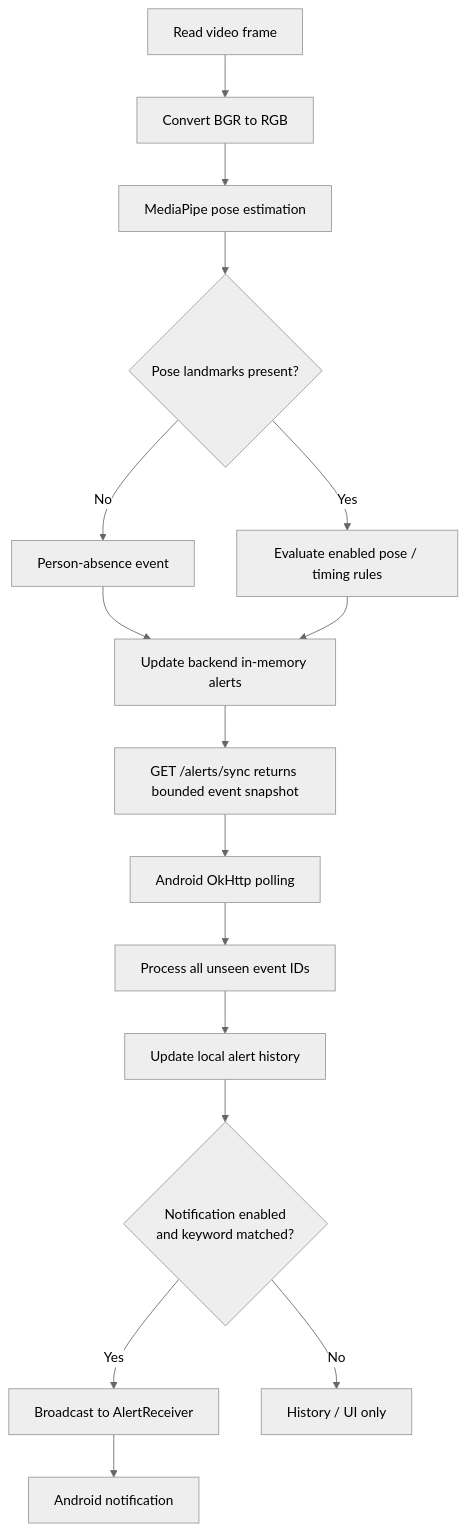
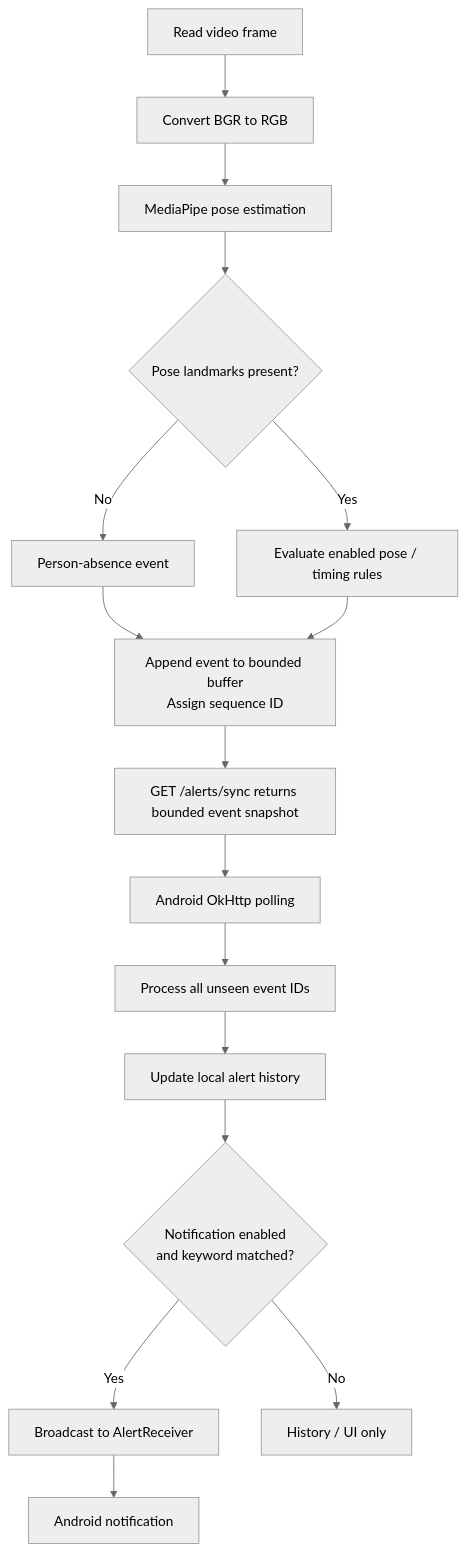
One commit to HoiChunWat/Real-Time-Human-Activity-Monitoring changed the second of 3 diagrams in README.md. Above: the diagram before and after it, drawn with Mermaid (neutral theme). The commit also changed other lines of this file, not shown here.

Commit message:
Document event synchronization performance, complexity, and post-capstone improvements

````diff
--- a/README.md
+++ b/README.md
@@ -61,18 +65,18 @@
 ```mermaid
 flowchart TD
     A["Read video frame"] --> B["Convert BGR to RGB"]
     B --> C["MediaPipe pose estimation"]
     C --> D{"Pose landmarks present?"}
     D -->|No| E["Person-absence event"]
     D -->|Yes| F["Evaluate enabled pose / timing rules"]
-    E --> G["Update backend in-memory alerts"]
+    E --> G["Append event to bounded buffer<br/>Assign sequence ID"]
     F --> G
     G --> H["GET /alerts/sync returns bounded event snapshot"]
     H --> I["Android OkHttp polling"]
     I --> J["Process all unseen event IDs"]
     J --> K["Update local alert history"]
     K --> L{"Notification enabled<br/>and keyword matched?"}
     L -->|Yes| M["Broadcast to AlertReceiver"]
     M --> N["Android notification"]
     L -->|No| O["History / UI only"]
 ```
````
